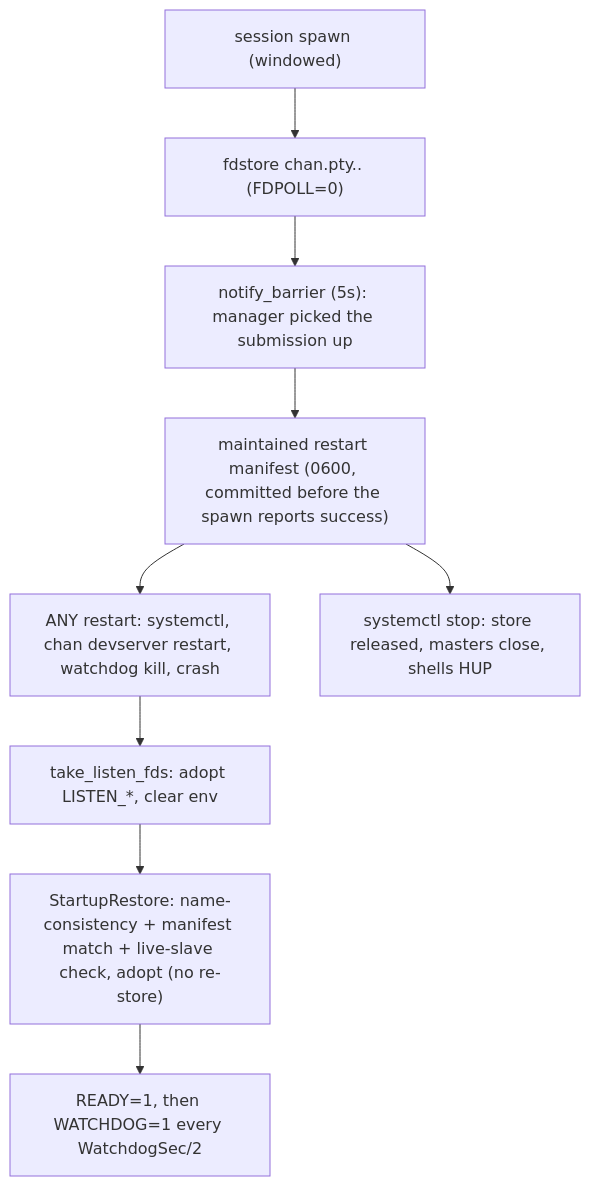
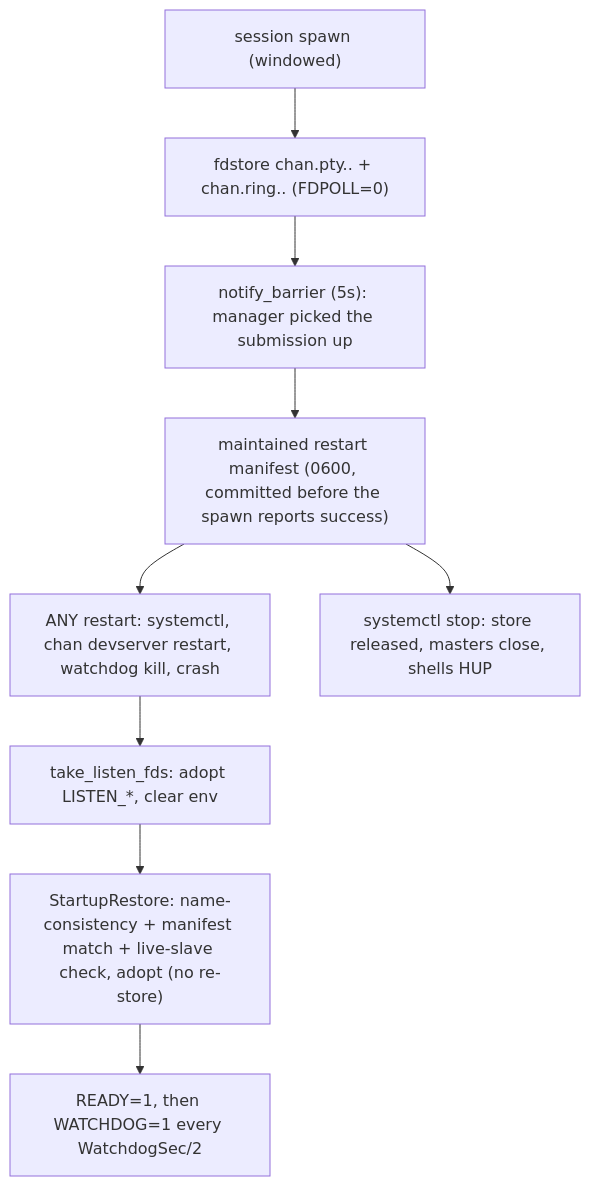
Before and after one commit to fiorix/chan: the diagram in crates/chan-systemd/design.md, drawn with Mermaid. The commit also changed other lines of this file and 5 other files, not shown here.

````diff
--- a/crates/chan-systemd/design.md
+++ b/crates/chan-systemd/design.md
@@ -16,11 +16,11 @@
 ```mermaid
 flowchart TB
-  Spawn["session spawn (windowed)"] --> Up["fdstore chan.pty.<session>.<pid> (FDPOLL=0)"]
+  Spawn["session spawn (windowed)"] --> Up["fdstore chan.pty.<session>.<pid> + chan.ring.<session>.<pid> (FDPOLL=0)"]
   Up --> Bar["notify_barrier (5s): manager picked the submission up"]
   Bar --> Man["maintained restart manifest (0600, committed before the spawn reports success)"]
   Man --> AnyRestart["ANY restart: systemctl, chan devserver restart, watchdog kill, crash"]
   AnyRestart --> Take["take_listen_fds: adopt LISTEN_*, clear env"]
   Take --> Restore["StartupRestore: name-consistency + manifest match + live-slave check, adopt (no re-store)"]
   Restore --> Serve["READY=1, then WATCHDOG=1 every WatchdogSec/2"]
   Man --> Stop["systemctl stop: store released, masters close, shells HUP"]
 ```
````
